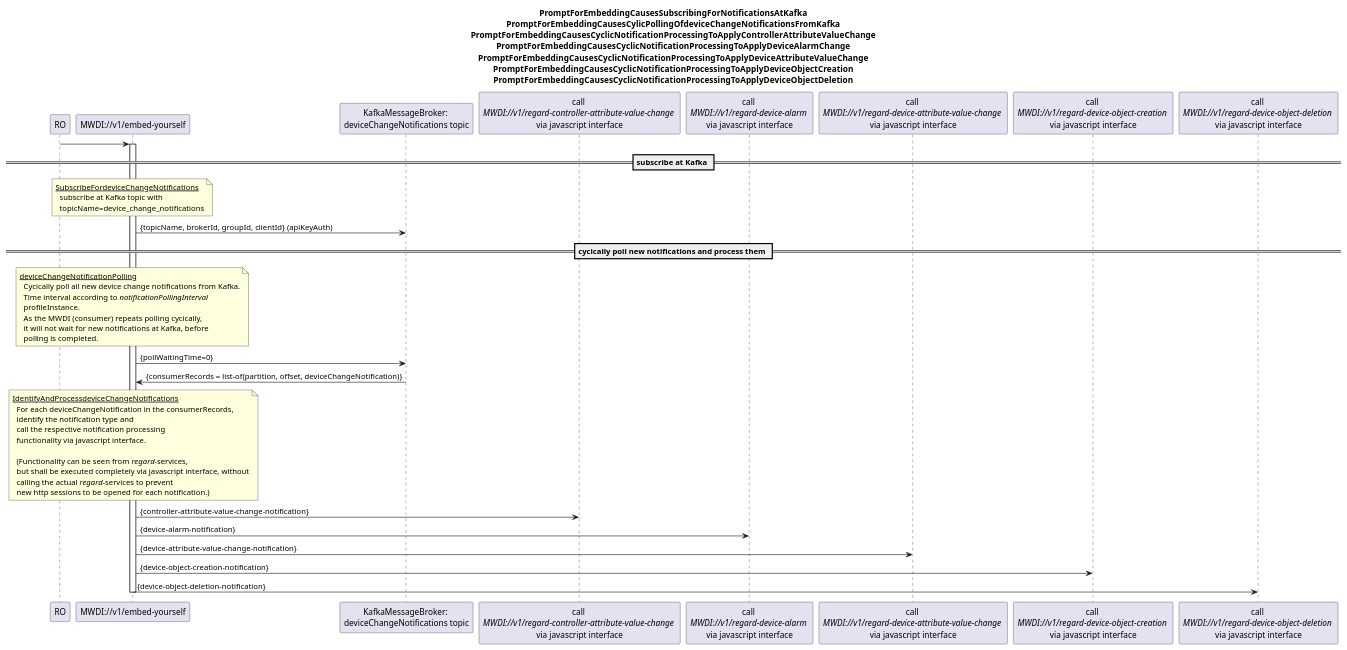
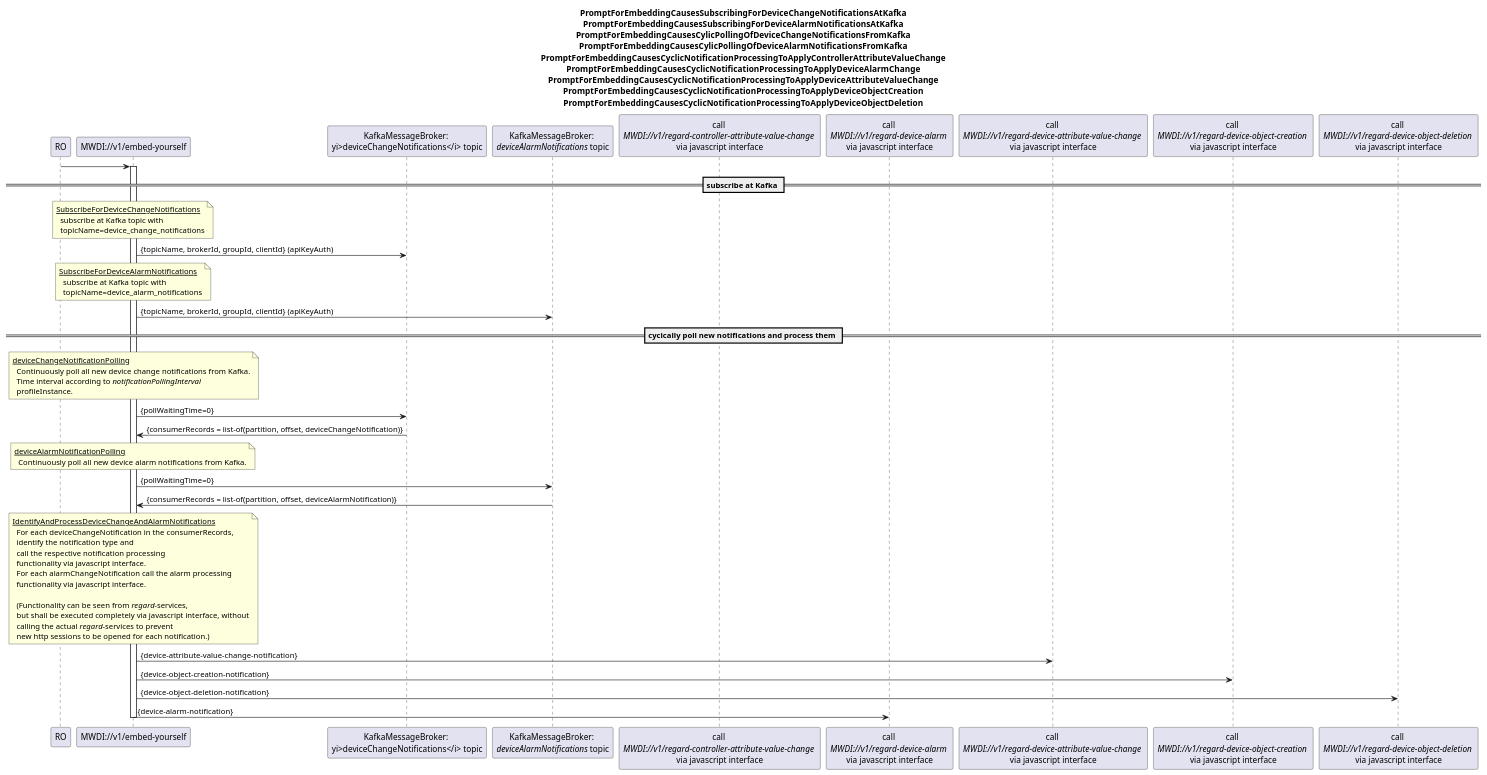
The diagram in spec/diagrams/01x_NotifcationPollingFromKafkaAndProcessing.plantuml (openBackhaul/MicroWaveDeviceInventory), drawn with PlantUML before and after one commit. The commit also changed 6 other files, not shown here.

Commit message:
diagrams updated

```diff
--- a/spec/diagrams/01x_NotifcationPollingFromKafkaAndProcessing.plantuml
+++ b/spec/diagrams/01x_NotifcationPollingFromKafkaAndProcessing.plantuml
@@ -1,68 +1,83 @@
 @startuml 01x_NotificationPollingFromKafkaAndProcessing
 skinparam responseMessageBelowArrow true
 
 title 
-PromptForEmbeddingCausesSubscribingForNotificationsAtKafka
-PromptForEmbeddingCausesCylicPollingOfdeviceChangeNotificationsFromKafka
+PromptForEmbeddingCausesSubscribingForDeviceChangeNotificationsAtKafka
+PromptForEmbeddingCausesSubscribingForDeviceAlarmNotificationsAtKafka
+PromptForEmbeddingCausesCylicPollingOfDeviceChangeNotificationsFromKafka
+PromptForEmbeddingCausesCylicPollingOfDeviceAlarmNotificationsFromKafka
 PromptForEmbeddingCausesCyclicNotificationProcessingToApplyControllerAttributeValueChange
 PromptForEmbeddingCausesCyclicNotificationProcessingToApplyDeviceAlarmChange
 PromptForEmbeddingCausesCyclicNotificationProcessingToApplyDeviceAttributeValueChange
 PromptForEmbeddingCausesCyclicNotificationProcessingToApplyDeviceObjectCreation
 PromptForEmbeddingCausesCyclicNotificationProcessingToApplyDeviceObjectDeletion
 end title
 
 participant "RO" as ro
 participant "MWDI://v1/embed-yourself" as mwdi
-participant "KafkaMessageBroker: \ndeviceChangeNotifications topic" as kafka
+participant "KafkaMessageBroker: \nyi>deviceChangeNotifications</i> topic" as kafkaDev
+participant "KafkaMessageBroker: \n<i>deviceAlarmNotifications</i> topic" as kafkaAlarm
 participant "call \n<i>MWDI://v1/regard-controller-attribute-value-change </i>\nvia javascript interface" as regardCtrlAttChange
 participant "call \n<i>MWDI://v1/regard-device-alarm </i>\nvia javascript interface" as regardAlarm
 participant "call \n<i>MWDI://v1/regard-device-attribute-value-change </i>\nvia javascript interface" as regardDevAttChange
 participant "call \n<i>MWDI://v1/regard-device-object-creation </i>\nvia javascript interface" as regardDevObjCreation
 participant "call \n<i>MWDI://v1/regard-device-object-deletion </i>\nvia javascript interface" as regardDevObjDeletion
 
 ro -> mwdi
 activate mwdi
 
 
 == subscribe at Kafka ==
 note over mwdi
-<u>SubscribeFordeviceChangeNotifications</u>
+<u>SubscribeForDeviceChangeNotifications</u>
   subscribe at Kafka topic with
   topicName=device_change_notifications
 end note
-mwdi -> kafka: {topicName, brokerId, groupId, clientId} (apiKeyAuth)
+mwdi -> kafkaDev: {topicName, brokerId, groupId, clientId} (apiKeyAuth)
+
+note over mwdi
+<u>SubscribeForDeviceAlarmNotifications</u>
+  subscribe at Kafka topic with
+  topicName=device_alarm_notifications
+end note
+mwdi -> kafkaAlarm: {topicName, brokerId, groupId, clientId} (apiKeyAuth)
 
 == cycically poll new notifications and process them ==
 note over mwdi
 <u>deviceChangeNotificationPolling</u>
-  Cycically poll all new device change notifications from Kafka.
+  Continuously poll all new device change notifications from Kafka.
   Time interval according to <i>notificationPollingInterval</i>
   profileInstance.
-  As the MWDI (consumer) repeats polling cycically,
-  it will not wait for new notifications at Kafka, before
-  polling is completed.
 end note
-mwdi -> kafka: {pollWaitingTime=0}
-kafka -> mwdi: {consumerRecords = list-of(partition, offset, deviceChangeNotification)}
+mwdi -> kafkaDev: {pollWaitingTime=0}
+kafkaDev -> mwdi: {consumerRecords = list-of(partition, offset, deviceChangeNotification)}
 
 note over mwdi
-<u>IdentifyAndProcessdeviceChangeNotifications</u>
+<u>deviceAlarmNotificationPolling</u>
+  Continuously poll all new device alarm notifications from Kafka.
+end note
+mwdi -> kafkaAlarm: {pollWaitingTime=0}
+kafkaAlarm -> mwdi: {consumerRecords = list-of(partition, offset, deviceAlarmNotification)}
+
+note over mwdi
+<u>IdentifyAndProcessDeviceChangeAndAlarmNotifications</u>
   For each deviceChangeNotification in the consumerRecords,
   identify the notification type and 
   call the respective notification processing
+  functionality via javascript interface.
+  For each alarmChangeNotification call the alarm processing
   functionality via javascript interface.
 
   (Functionality can be seen from <i>regard</i>-services,
   but shall be executed completely via javascript interface, without
   calling the actual <i>regard</i>-services to prevent
   new http sessions to be opened for each notification.)
 end note
-mwdi -> regardCtrlAttChange: {controller-attribute-value-change-notification}
-mwdi -> regardAlarm: {device-alarm-notification}
 mwdi -> regardDevAttChange: {device-attribute-value-change-notification}
 mwdi -> regardDevObjCreation: {device-object-creation-notification}
 mwdi -> regardDevObjDeletion: {device-object-deletion-notification}
+mwdi -> regardAlarm: {device-alarm-notification}
 
 deactivate mwdi
 
 @enduml
```
